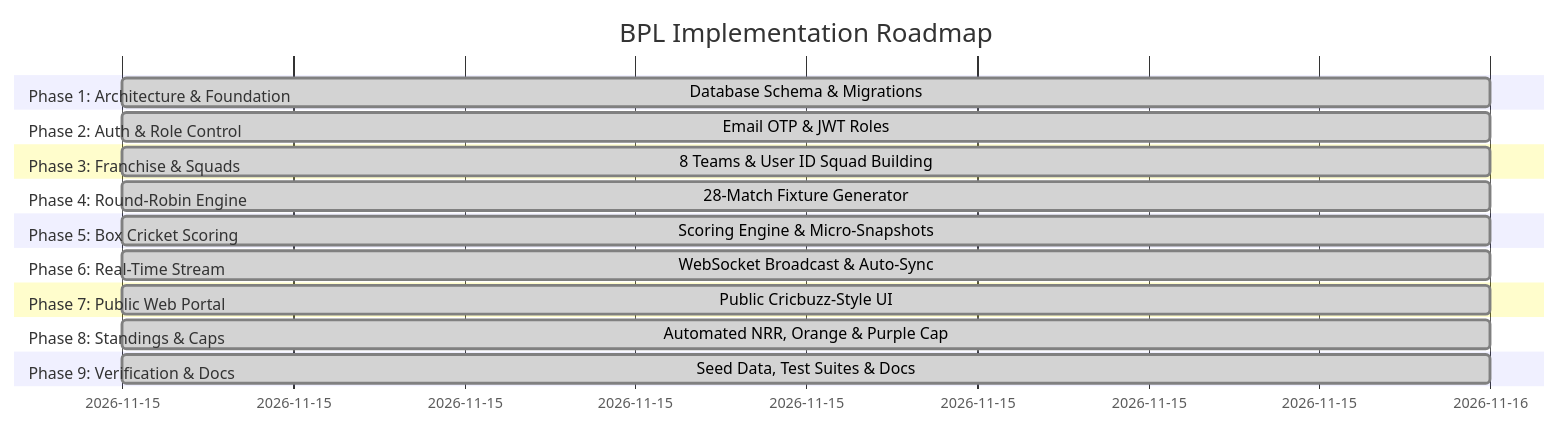
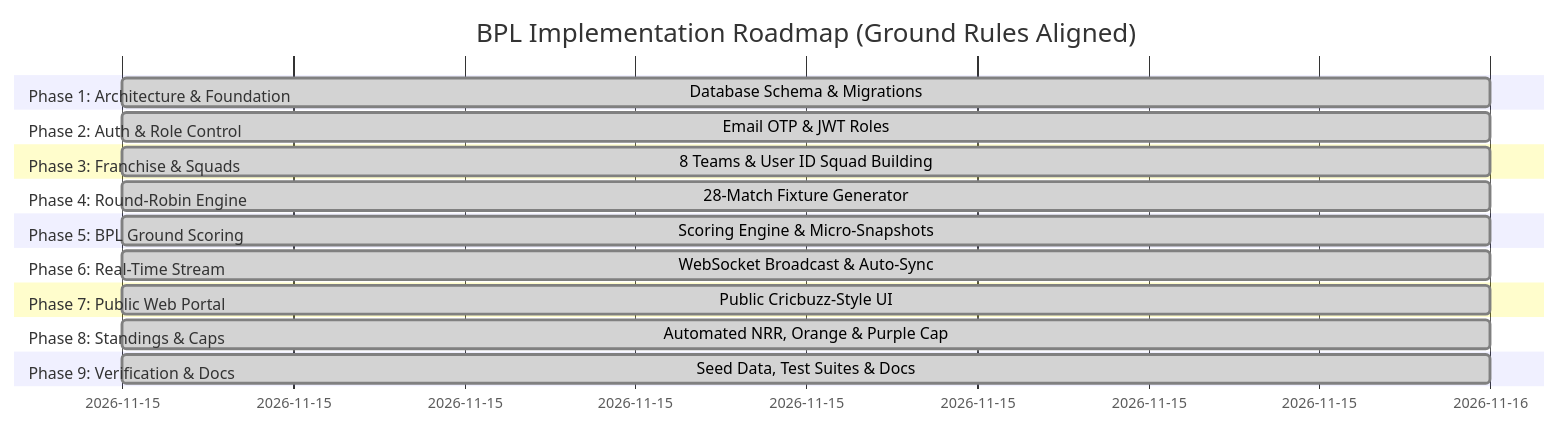
Before and after one commit to Yajat-Sharma/BPL: the diagram in docs/IMPLEMENTATION_ROADMAP.md, drawn with Mermaid. The commit also changed other lines of this file and 4 other files, not shown here.

Commit message:
docs: update all five architecture documents with official BPL box cricket ground rules (no roof net, zones 1D/2D/4, line no-ball, direct out of square)

````diff
--- a/docs/IMPLEMENTATION_ROADMAP.md
+++ b/docs/IMPLEMENTATION_ROADMAP.md
@@ -7,23 +7,23 @@
 ```mermaid
 gantt
-    title BPL Implementation Roadmap
+    title BPL Implementation Roadmap (Ground Rules Aligned)
     dateFormat  YYYY-MM-DD
     section Phase 1: Architecture & Foundation
     Database Schema & Migrations       :done, p1, 2026-11-15, 1d
     section Phase 2: Auth & Role Control
     Email OTP & JWT Roles             :done, p2, 2026-11-15, 1d
     section Phase 3: Franchise & Squads
     8 Teams & User ID Squad Building   :done, p3, 2026-11-15, 1d
     section Phase 4: Round-Robin Engine
     28-Match Fixture Generator         :done, p4, 2026-11-15, 1d
-    section Phase 5: Box Cricket Scoring
+    section Phase 5: BPL Ground Scoring
     Scoring Engine & Micro-Snapshots   :done, p5, 2026-11-15, 1d
     section Phase 6: Real-Time Stream
     WebSocket Broadcast & Auto-Sync    :done, p6, 2026-11-15, 1d
     section Phase 7: Public Web Portal
     Public Cricbuzz-Style UI           :done, p7, 2026-11-15, 1d
     section Phase 8: Standings & Caps
     Automated NRR, Orange & Purple Cap :done, p8, 2026-11-15, 1d
     section Phase 9: Verification & Docs
     Seed Data, Test Suites & Docs      :done, p9, 2026-11-15, 1d
 ```
````
